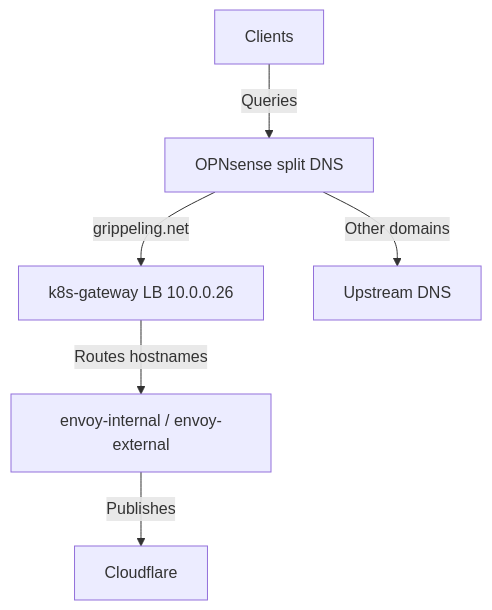
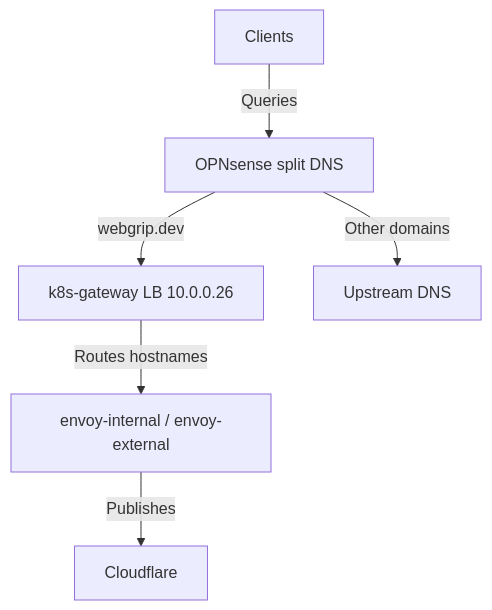
The third of 3 diagrams in README.md (webgrip/homelab-cluster), drawn with Mermaid before and after one commit. The commit also changed other lines of this file and 8 other files, not shown here.

````diff
--- a/README.md
+++ b/README.md
@@ -147,8 +147,8 @@
 ```mermaid
 graph TD
   Clients -->|Queries| Router[OPNsense split DNS]
-  Router -->|grippeling.net| K8sGW[k8s-gateway LB 10.0.0.26]
+  Router -->|webgrip.dev| K8sGW[k8s-gateway LB 10.0.0.26]
   Router -->|Other domains| WAN[Upstream DNS]
   K8sGW -->|Routes hostnames| Envoy[envoy-internal / envoy-external]
   Envoy -->|Publishes| Cloudflare
 ```
````
